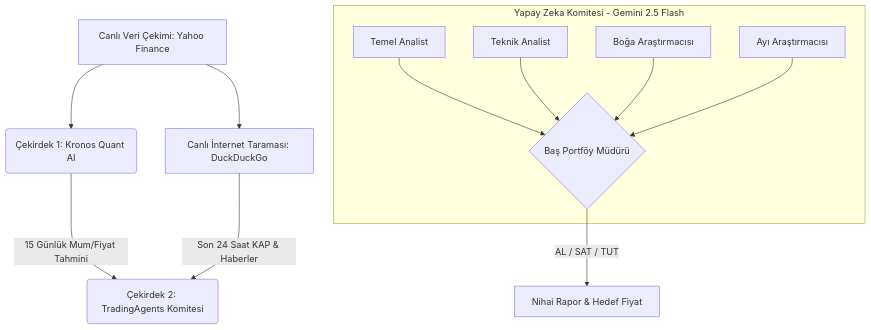
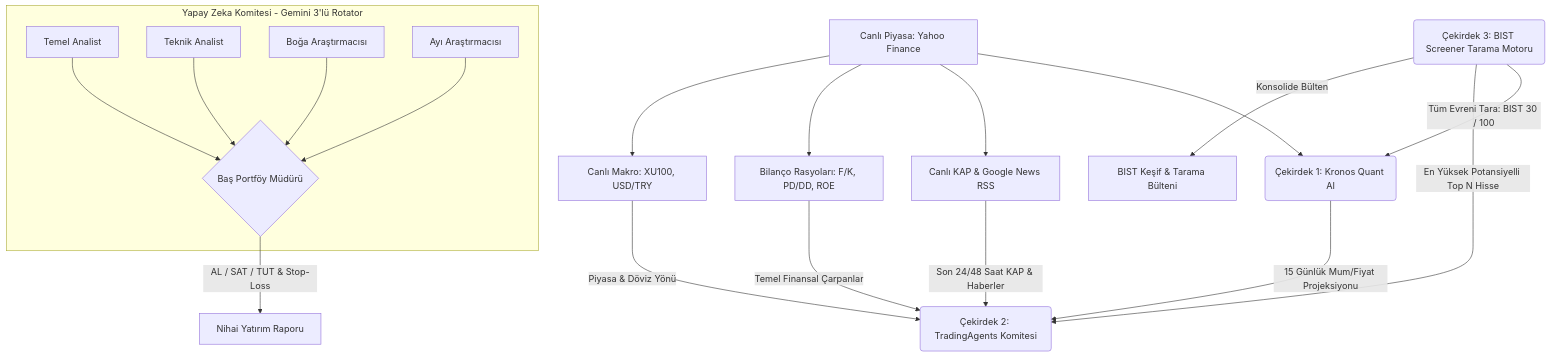
Before and after one commit to ferall57/BIST100-Hybrid-AI-Quant: the diagram in README.md, drawn with Mermaid. The commit also changed other lines of this file and 8 other files, not shown here.

Commit message:
feat: Add BIST Screener, financial ratios & macro integration, Turkish holidays, and Google News RSS feed

````diff
--- a/README.md
+++ b/README.md
@@ -17,21 +21,29 @@
 ```mermaid
 graph TD
-    A[Canlı Veri Çekimi: Yahoo Finance] --> B(Çekirdek 1: Kronos Quant AI)
-    A --> C[Canlı İnternet Taraması: DuckDuckGo]
+    A[Canlı Piyasa: Yahoo Finance] --> B(Çekirdek 1: Kronos Quant AI)
+    A --> C[Canlı KAP & Google News RSS]
+    A --> F[Bilanço Rasyoları: F/K, PD/DD, ROE]
+    A --> G[Canlı Makro: XU100, USD/TRY]
     
-    B -->|15 Günlük Mum/Fiyat Tahmini| D(Çekirdek 2: TradingAgents Komitesi)
-    C -->|Son 24 Saat KAP & Haberler| D
+    B -->|15 Günlük Mum/Fiyat Projeksiyonu| D(Çekirdek 2: TradingAgents Komitesi)
+    C -->|Son 24/48 Saat KAP & Haberler| D
+    F -->|Temel Finansal Çarpanlar| D
+    G -->|Piyasa & Döviz Yönü| D
     
-    subgraph Committee [Yapay Zeka Komitesi - Gemini 2.5 Flash]
+    subgraph Committee [Yapay Zeka Komitesi - Gemini 3'lü Rotator]
     D1[Temel Analist]
     D2[Teknik Analist]
     D3[Boğa Araştırmacısı]
     D4[Ayı Araştırmacısı]
     D1 --> D5{Baş Portföy Müdürü}
     D2 --> D5
     D3 --> D5
     D4 --> D5
     end
     
-    D5 -->|AL / SAT / TUT| E[Nihai Rapor & Hedef Fiyat]
+    D5 -->|AL / SAT / TUT & Stop-Loss| E[Nihai Yatırım Raporu]
+    
+    H(Çekirdek 3: BIST Screener Tarama Motoru) -->|Tüm Evreni Tara: BIST 30 / 100| B
+    H -->|En Yüksek Potansiyelli Top N Hisse| D
+    H -->|Konsolide Bülten| I[BIST Keşif & Tarama Bülteni]
 ```
````
